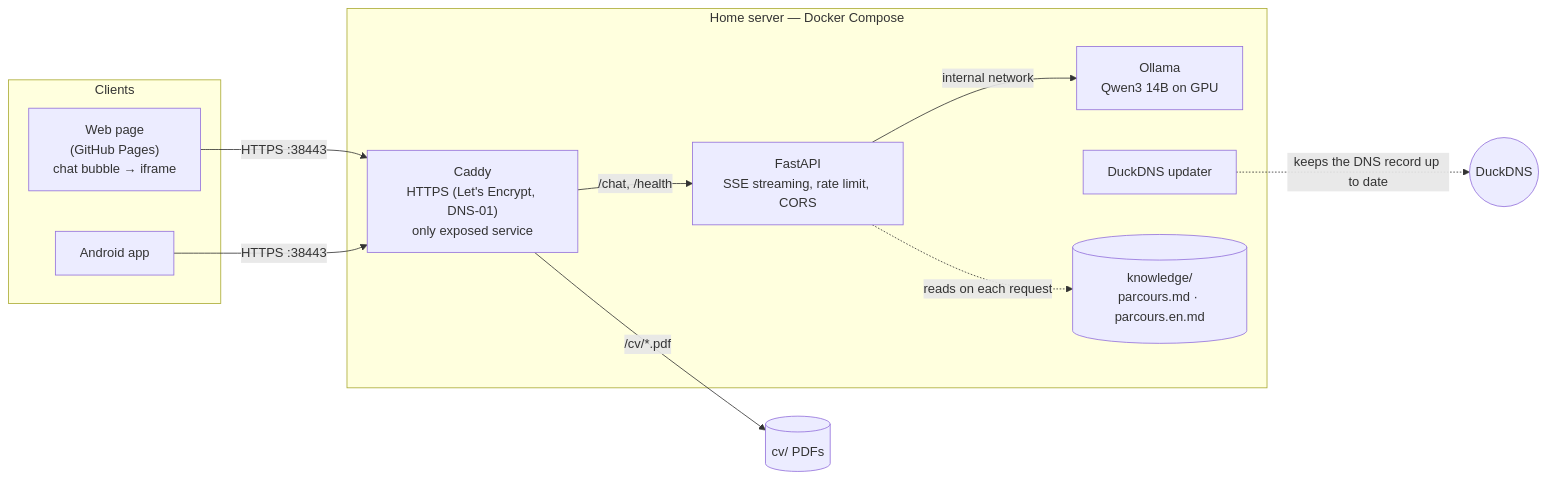
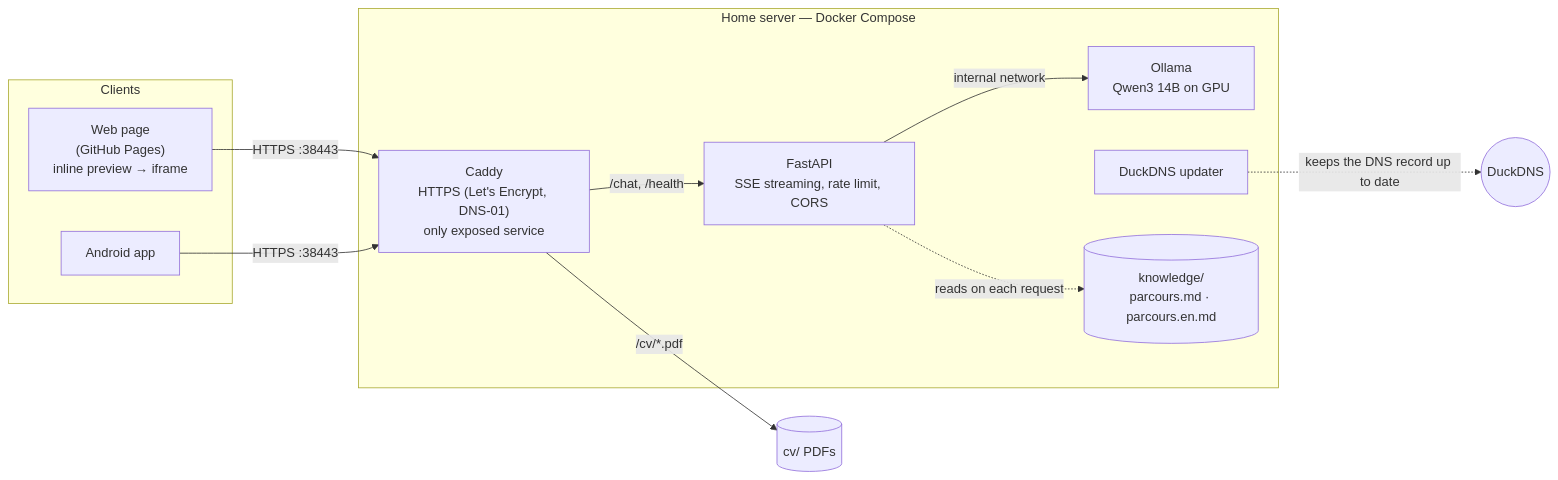
One commit to Wardmisp/recruiter-chatbot changed the diagram in README.md. Above: the diagram before and after it, drawn with Mermaid. The commit also changed other lines of this file and 7 other files, not shown here.

First line of the commit message:
Page d'accueil éditoriale avec le chat intégré

````diff
--- a/README.md
+++ b/README.md
@@ -34,23 +34,23 @@
 ```mermaid
 flowchart LR
     subgraph Clients
-        W["Web page<br/>(GitHub Pages)<br/>chat bubble → iframe"]
+        W["Web page<br/>(GitHub Pages)<br/>inline preview → iframe"]
         A["Android app"]
     end
 
     subgraph Home["Home server — Docker Compose"]
         C["Caddy<br/>HTTPS (Let's Encrypt, DNS-01)<br/>only exposed service"]
         F["FastAPI<br/>SSE streaming, rate limit, CORS"]
         O["Ollama<br/>Qwen3 14B on GPU"]
         D["DuckDNS updater"]
         K[("knowledge/<br/>parcours.md · parcours.en.md")]
     end
 
     W -- "HTTPS :38443" --> C
     A -- "HTTPS :38443" --> C
     C -- "/chat, /health" --> F
     C -- "/cv/*.pdf" --> CV[("cv/ PDFs")]
     F -- "internal network" --> O
     F -. "reads on each request" .-> K
     D -. "keeps the DNS record up to date" .-> DNS(("DuckDNS"))
 ```
````
